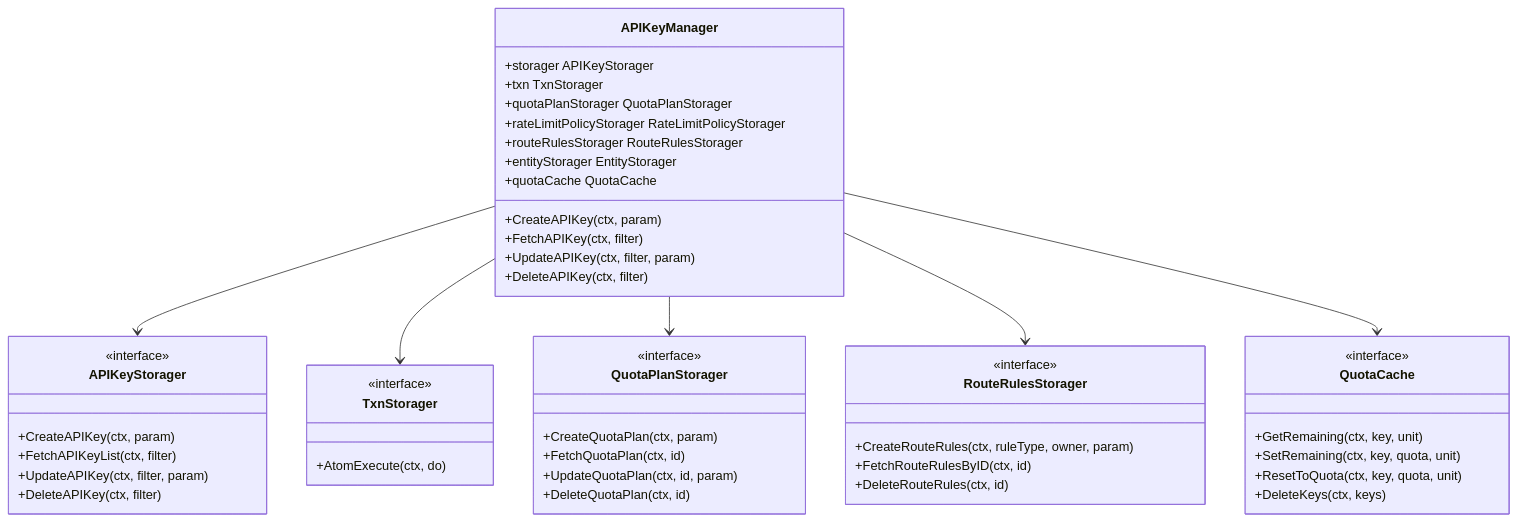
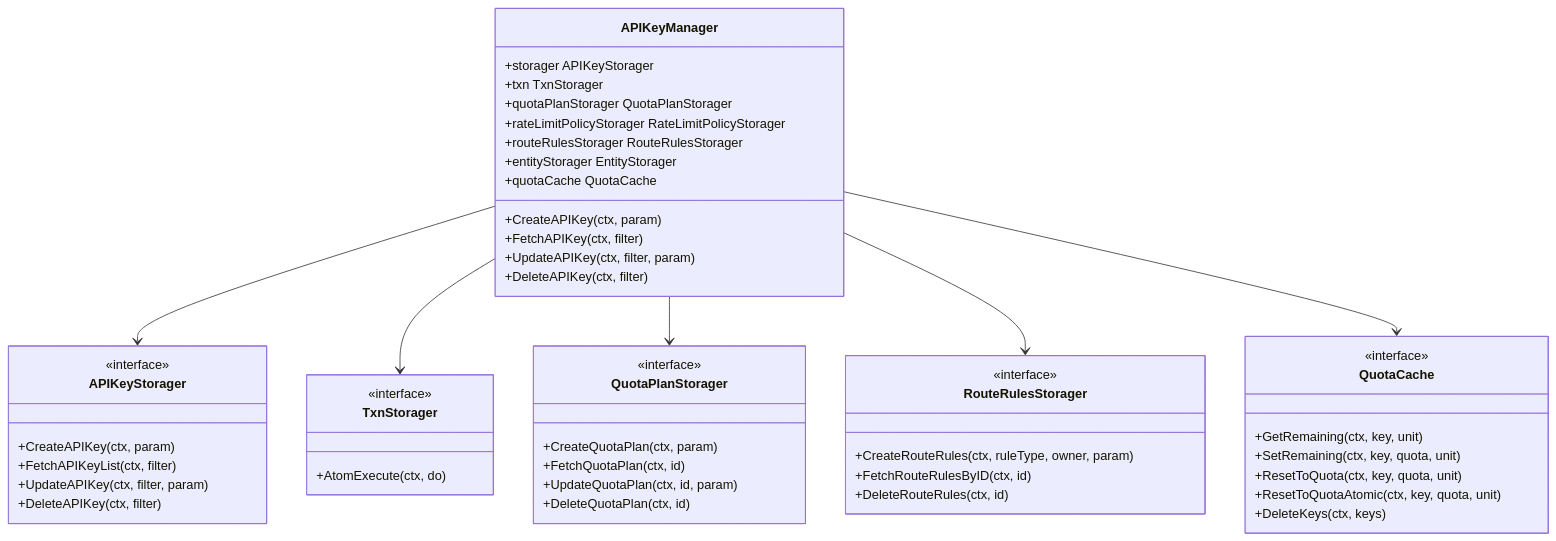
Before and after one commit to mileszhang2016/rainway-book: the diagram in en_us/implementation/chapter27-model-layer-implementation.md, drawn with Mermaid. The commit also changed other lines of this file and 47 other files, not shown here.

````diff
--- a/en_us/implementation/chapter27-model-layer-implementation.md
+++ b/en_us/implementation/chapter27-model-layer-implementation.md
@@ -268,58 +269,59 @@
 ```mermaid
 classDiagram
     class APIKeyManager {
         +storager APIKeyStorager
         +txn TxnStorager
         +quotaPlanStorager QuotaPlanStorager
         +rateLimitPolicyStorager RateLimitPolicyStorager
         +routeRulesStorager RouteRulesStorager
         +entityStorager EntityStorager
         +quotaCache QuotaCache
         +CreateAPIKey(ctx, param)
         +FetchAPIKey(ctx, filter)
         +UpdateAPIKey(ctx, filter, param)
         +DeleteAPIKey(ctx, filter)
     }
 
     class APIKeyStorager {
         <<interface>>
         +CreateAPIKey(ctx, param)
         +FetchAPIKeyList(ctx, filter)
         +UpdateAPIKey(ctx, filter, param)
         +DeleteAPIKey(ctx, filter)
     }
 
     class TxnStorager {
         <<interface>>
         +AtomExecute(ctx, do)
     }
 
     class QuotaPlanStorager {
         <<interface>>
         +CreateQuotaPlan(ctx, param)
         +FetchQuotaPlan(ctx, id)
         +UpdateQuotaPlan(ctx, id, param)
         +DeleteQuotaPlan(ctx, id)
     }
 
     class RouteRulesStorager {
         <<interface>>
         +CreateRouteRules(ctx, ruleType, owner, param)
         +FetchRouteRulesByID(ctx, id)
         +DeleteRouteRules(ctx, id)
     }
 
     class QuotaCache {
         <<interface>>
         +GetRemaining(ctx, key, unit)
         +SetRemaining(ctx, key, quota, unit)
         +ResetToQuota(ctx, key, quota, unit)
+        +ResetToQuotaAtomic(ctx, key, quota, unit)
         +DeleteKeys(ctx, keys)
     }
 
     APIKeyManager --> APIKeyStorager
     APIKeyManager --> TxnStorager
     APIKeyManager --> QuotaPlanStorager
     APIKeyManager --> RouteRulesStorager
     APIKeyManager --> QuotaCache
 ```
````
